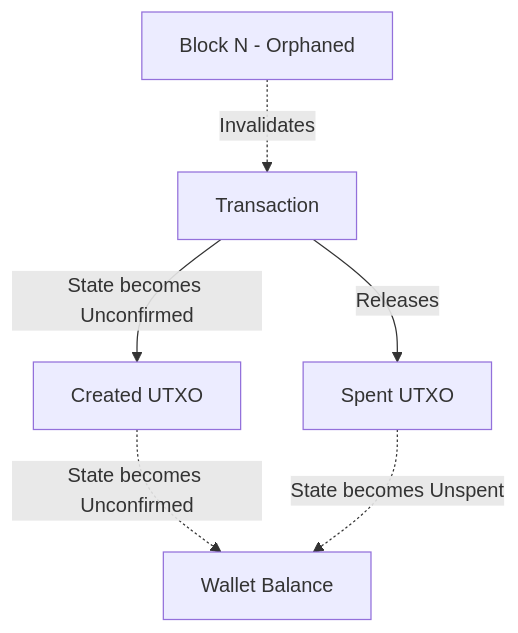
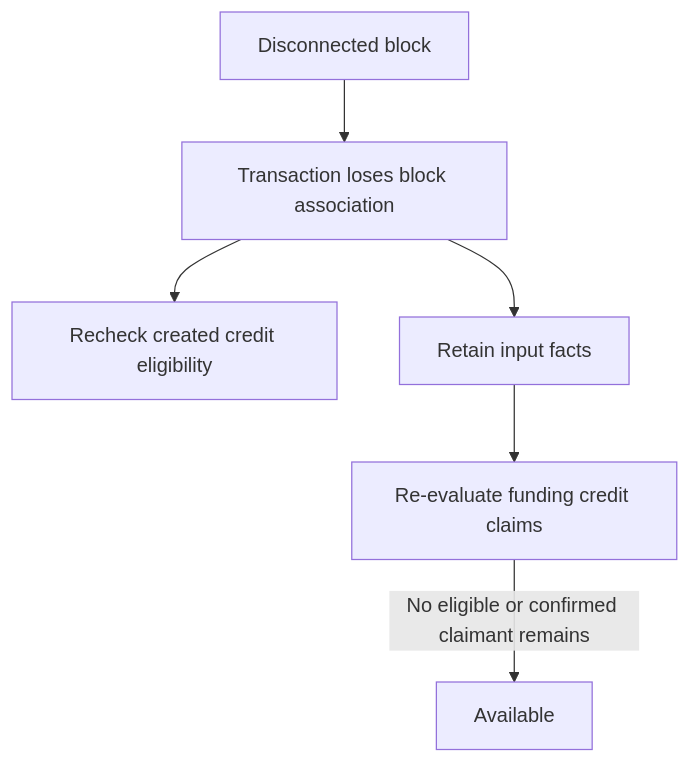
One commit to btcsuite/btcwallet changed the fourth of 6 diagrams in docs/developer/utxo_data_model.md. Above: the diagram before and after it, drawn with Mermaid. The commit also changed other lines of this file and 3 other files, not shown here.

````diff
--- a/docs/developer/utxo_data_model.md
+++ b/docs/developer/utxo_data_model.md
@@ -213,10 +276,10 @@
 ```mermaid
 graph TD
-    Block[Block N - Orphaned] -.->|Invalidates| Tx[Transaction]
-    
-    Tx -->|State becomes Unconfirmed| Output[Created UTXO]
-    Output -.->|State becomes Unconfirmed| Balance[Wallet Balance]
-    
-    Tx -->|Releases| Input[Spent UTXO]
-    Input -.->|State becomes Unspent| Balance
+    %% A disconnect changes eligibility without deleting recorded inputs.
+    %% Recheck all surviving claims before releasing a funding credit.
+    Block[Disconnected block] --> Tx[Transaction loses block association]
+    Tx --> Output[Recheck created credit eligibility]
+    Tx --> Inputs[Retain input facts]
+    Inputs --> Funding[Re-evaluate funding credit claims]
+    Funding -->|No eligible or confirmed claimant remains| Available[Available]
 ```
````
